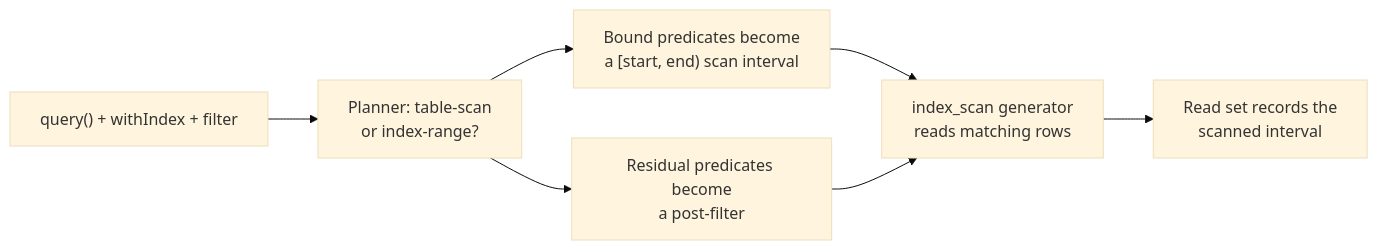
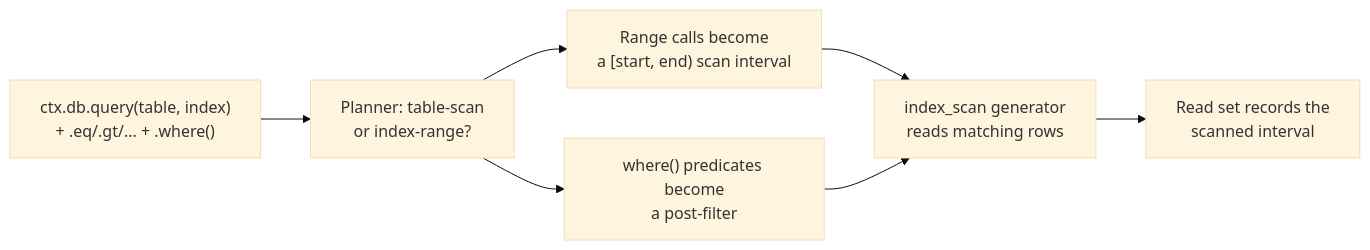
One commit to helipod-sh/helipod changed the first of 4 diagrams in docs/content/docs/contributing/architecture/query-engine.mdx. Above: the diagram before and after it, drawn with Mermaid (base theme). The commit also changed other lines of this file and 51 other files, not shown here.

````diff
--- a/docs/content/docs/contributing/architecture/query-engine.mdx
+++ b/docs/content/docs/contributing/architecture/query-engine.mdx
@@ -35,9 +35,9 @@
 ```mermaid
 flowchart LR
-    Q["query() + withIndex + filter"] --> P["Planner: table-scan\nor index-range?"]
-    P --> S["Bound predicates become\na [start, end) scan interval"]
-    P --> F["Residual predicates become\na post-filter"]
+    Q["ctx.db.query(table, index)\n+ .eq/.gt/... + .where()"] --> P["Planner: table-scan\nor index-range?"]
+    P --> S["Range calls become\na [start, end) scan interval"]
+    P --> F["where() predicates become\na post-filter"]
     S --> G["index_scan generator\nreads matching rows"]
     F --> G
     G --> R["Read set records the\nscanned interval"]
 ```
````
